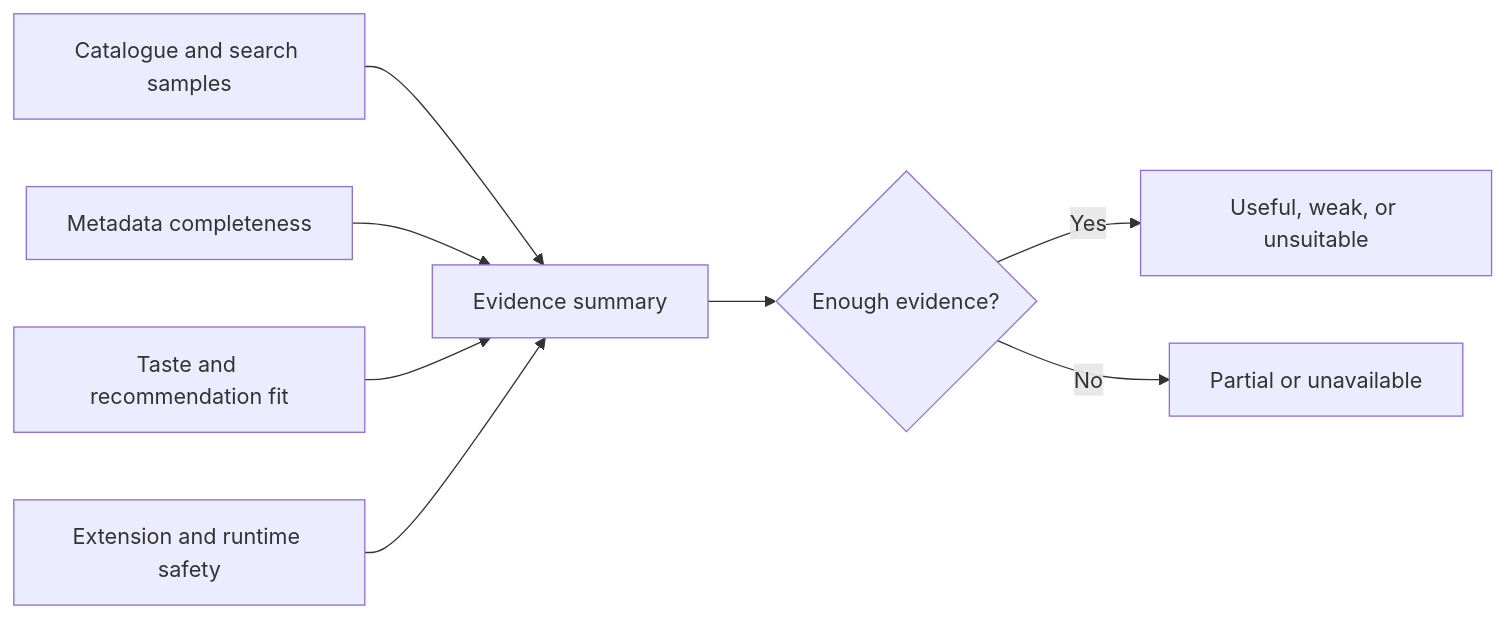
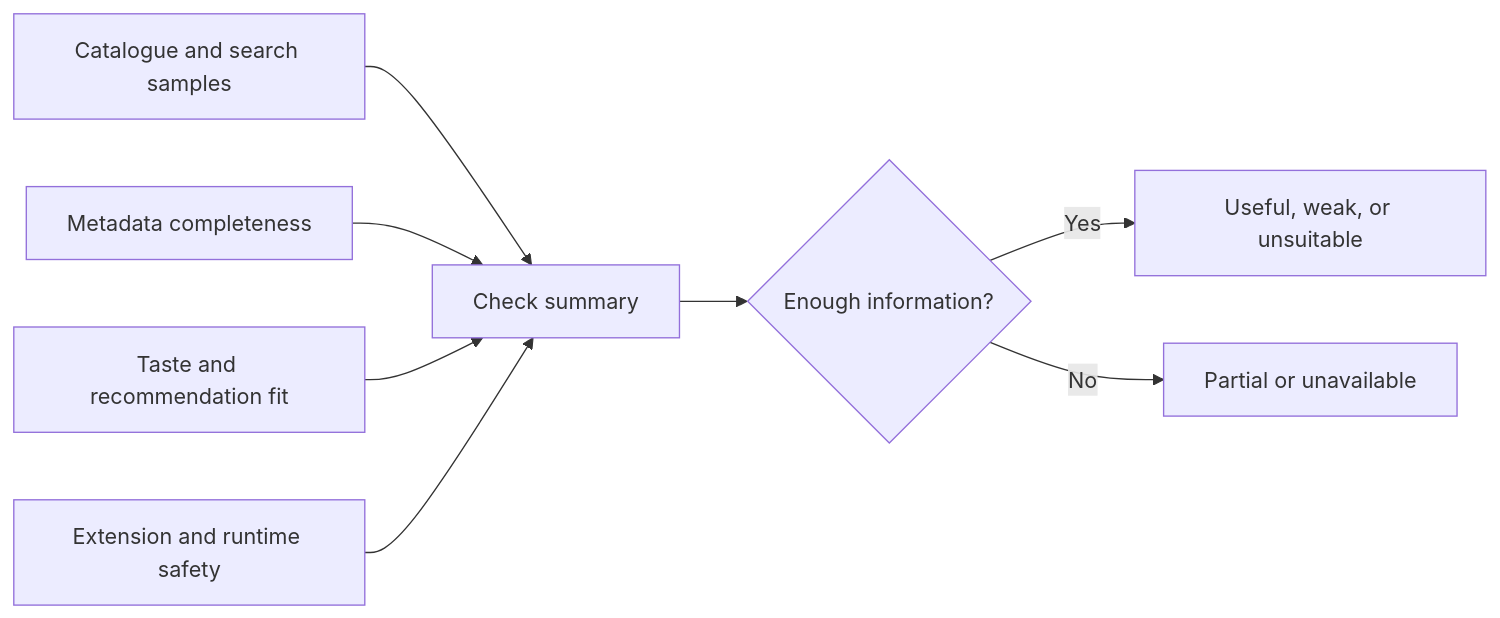
Before and after one commit to FancyCorey/komikku-KMK: the fifth of 5 diagrams in docs/kmk/diagrams/source-evaluation.md, drawn with Mermaid. The commit also changed other lines of this file and 23 other files, not shown here.

````diff
--- a/docs/kmk/diagrams/source-evaluation.md
+++ b/docs/kmk/diagrams/source-evaluation.md
@@ -65,10 +65,10 @@
 ```mermaid
 flowchart LR
-    Samples["Catalogue and search samples"] --> Summary["Evidence summary"]
+    Samples["Catalogue and search samples"] --> Summary["Check summary"]
     Metadata["Metadata completeness"] --> Summary
     Fit["Taste and recommendation fit"] --> Summary
     Safety["Extension and runtime safety"] --> Summary
-    Summary --> Confidence{"Enough evidence?"}
+    Summary --> Confidence{"Enough information?"}
     Confidence -->|Yes| Verdict["Useful, weak, or unsuitable"]
     Confidence -->|No| Partial["Partial or unavailable"]
 ```
````
